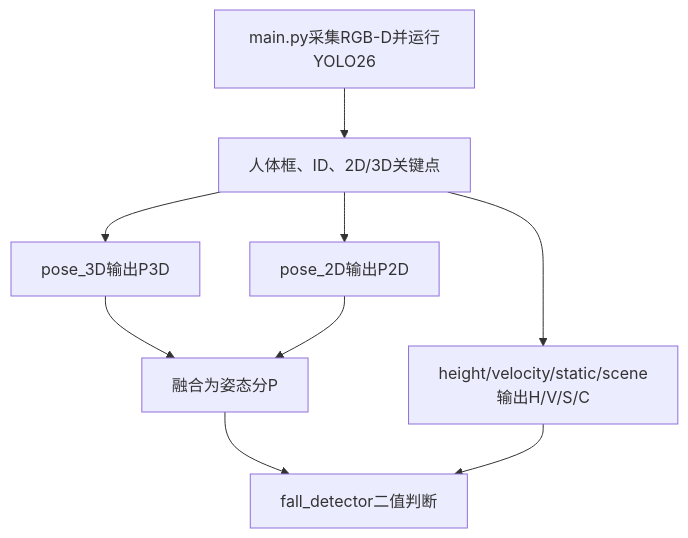
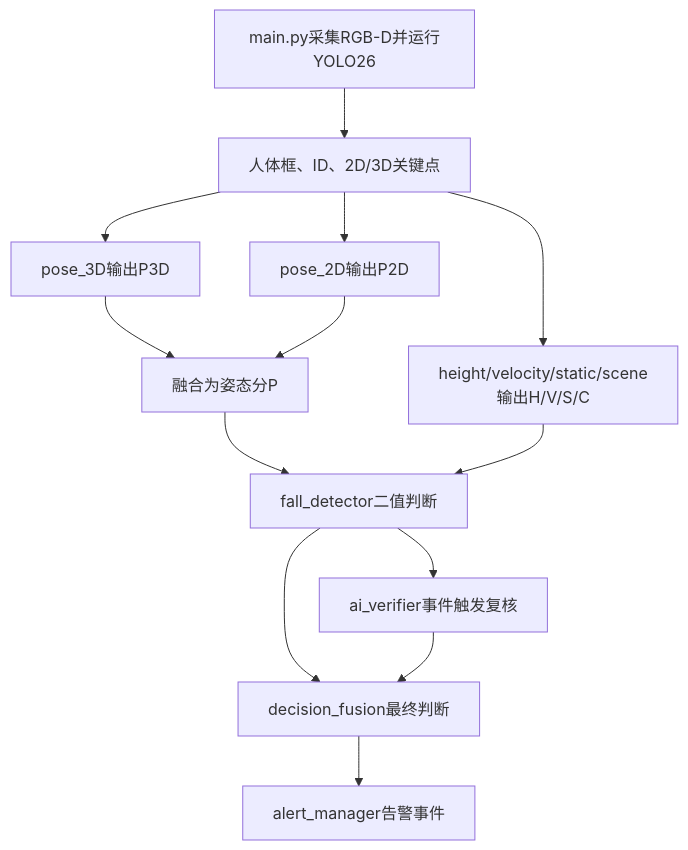
One commit to He-Tea-Tea/fall_detection changed the diagram in FRAMEWORK.md. Above: the diagram before and after it, drawn with Mermaid. The commit also changed other lines of this file and 8 other files, not shown here.

Commit message:
新接入豆包大模型ai辅助判断,未测试,还需改图片上传时机和判断逻辑

````diff
--- a/FRAMEWORK.md
+++ b/FRAMEWORK.md
@@ -23,11 +23,15 @@
 ```mermaid
 flowchart TD
     A[main.py采集RGB-D并运行YOLO26] --> B[人体框、ID、2D/3D关键点]
     B --> C[pose_3D输出P3D]
     B --> D[pose_2D输出P2D]
     C --> E[融合为姿态分P]
     D --> E
     B --> F[height/velocity/static/scene输出H/V/S/C]
     E --> G[fall_detector二值判断]
     F --> G
+    G --> H[ai_verifier事件触发复核]
+    G --> I[decision_fusion最终判断]
+    H --> I
+    I --> J[alert_manager告警事件]
 ```
````
